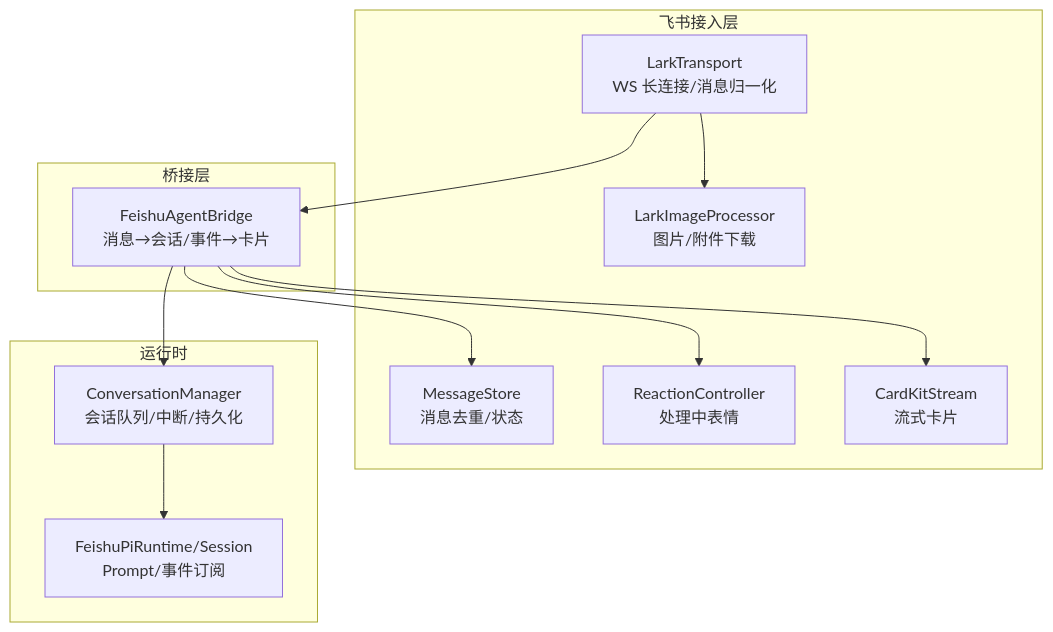
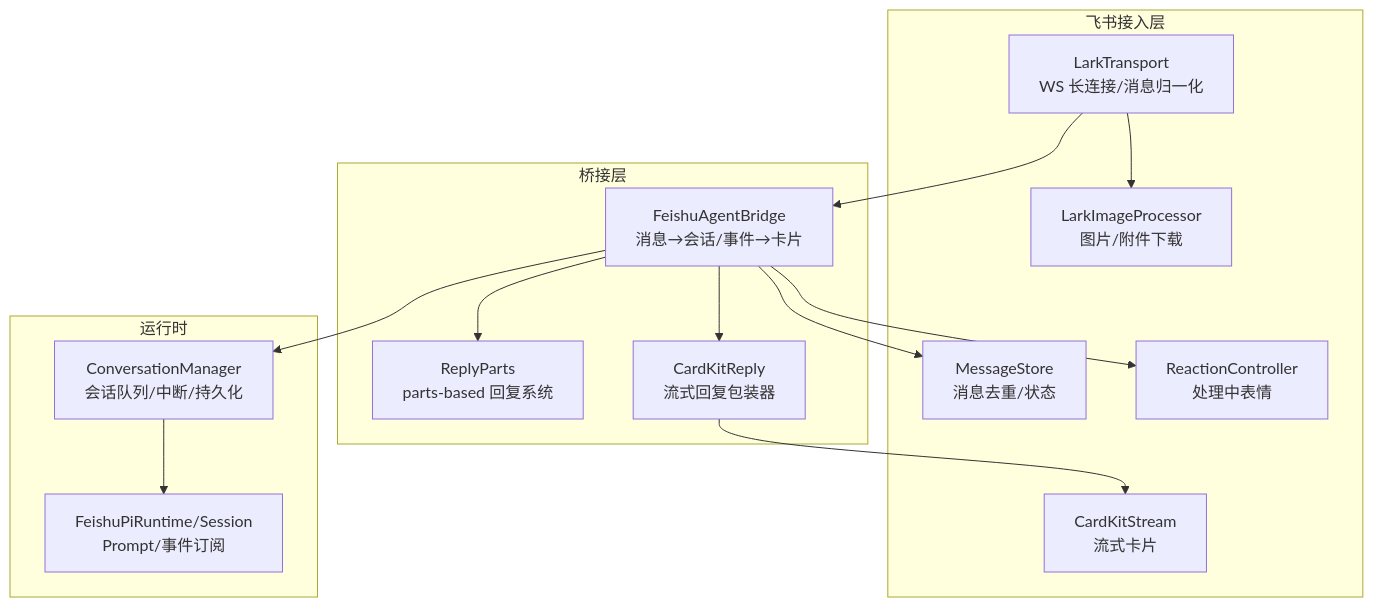
Before and after one commit to HeXiaoShu520/feishu-pi: the first of 6 diagrams in .qoder/repowiki/zh/content/架构设计/核心组件/消息桥接层.md, drawn with Mermaid. The commit also changed other lines of this file and 47 other files, not shown here.

````diff
--- a/.qoder/repowiki/zh/content/架构设计/核心组件/消息桥接层.md
+++ b/.qoder/repowiki/zh/content/架构设计/核心组件/消息桥接层.md
@@ -43,24 +55,28 @@
 ```mermaid
 graph TB
 subgraph "飞书接入层"
 LT["LarkTransport<br/>WS 长连接/消息归一化"]
 MS["MessageStore<br/>消息去重/状态"]
 RC["ReactionController<br/>处理中表情"]
 IP["LarkImageProcessor<br/>图片/附件下载"]
 CKS["CardKitStream<br/>流式卡片"]
 end
 subgraph "桥接层"
 FAB["FeishuAgentBridge<br/>消息→会话/事件→卡片"]
+RP["ReplyParts<br/>parts-based 回复系统"]
+CKR["CardKitReply<br/>流式回复包装器"]
 end
 subgraph "运行时"
 CM["ConversationManager<br/>会话队列/中断/持久化"]
 RT["FeishuPiRuntime/Session<br/>Prompt/事件订阅"]
 end
 LT --> FAB
+FAB --> RP
 FAB --> CM
 CM --> RT
-FAB --> CKS
+FAB --> CKR
+CKR --> CKS
 LT --> IP
 FAB --> RC
 FAB --> MS
 ```
````
